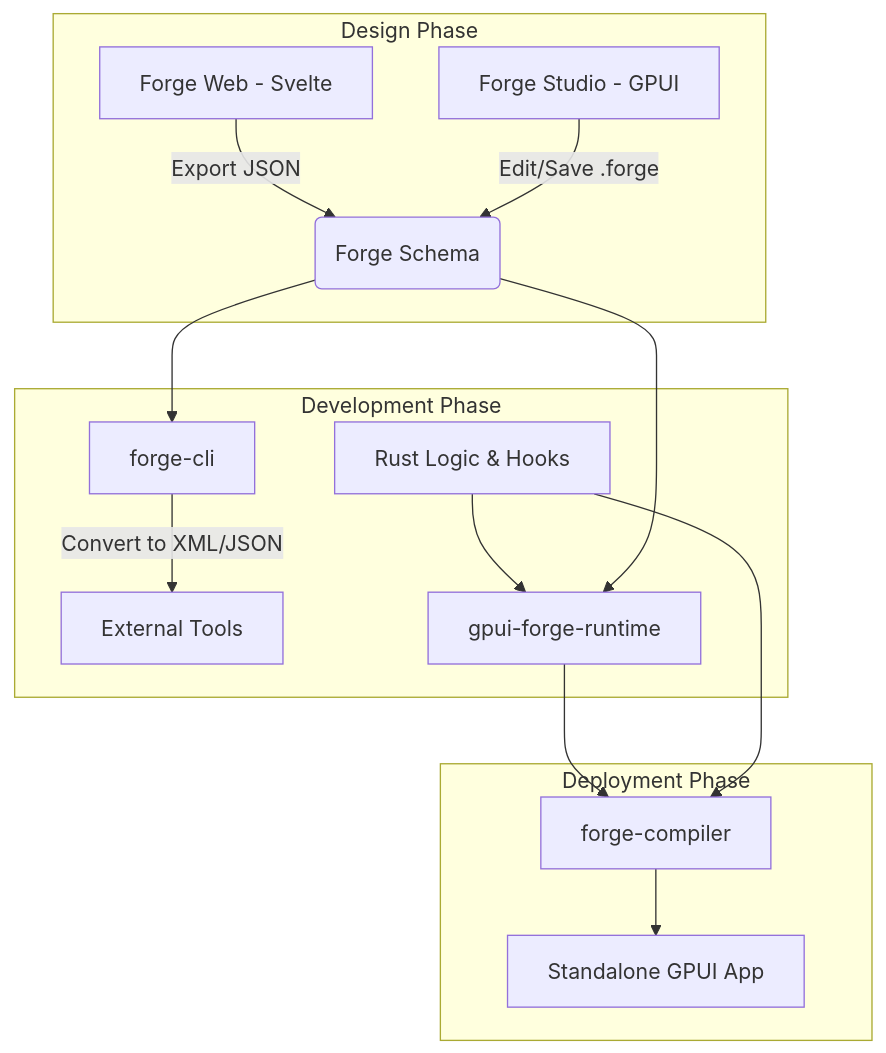
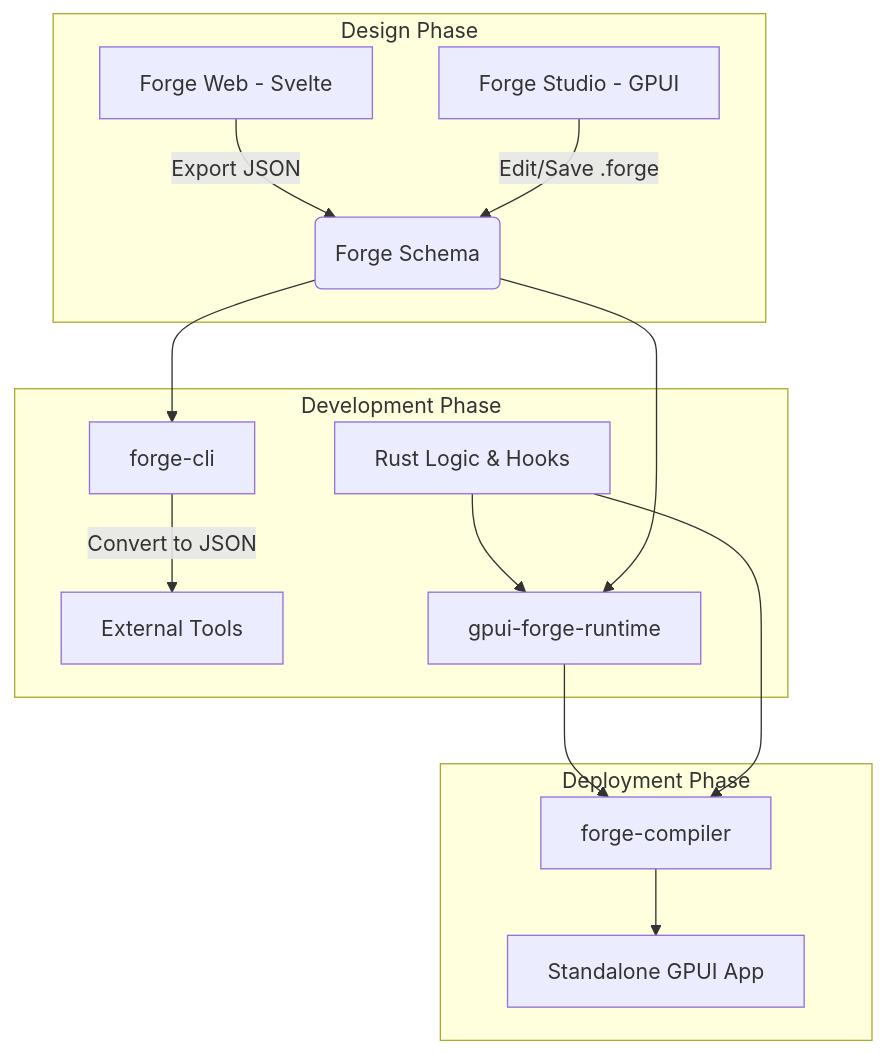
Before and after one commit to skamansam/gpui-forge: the diagram in README.md, drawn with Mermaid. The commit also changed other lines of this file and 5 other files, not shown here.

````diff
--- a/README.md
+++ b/README.md
@@ -79,20 +79,20 @@
 ```mermaid
 graph TD
     subgraph "Design Phase"
         A[Forge Web - Svelte] -->|Export JSON| B(Forge Schema)
         C[Forge Studio - GPUI] -->|Edit/Save .forge| B
     end
 
     subgraph "Development Phase"
         B --> D[forge-cli]
-        D -->|Convert to XML/JSON| E[External Tools]
+        D -->|Convert to JSON| E[External Tools]
         F[Rust Logic & Hooks] --> G[gpui-forge-runtime]
         B --> G
     end
 
     subgraph "Deployment Phase"
         G --> H[forge-compiler]
         F --> H
         H --> I[Standalone GPUI App]
     end
 ```
````
